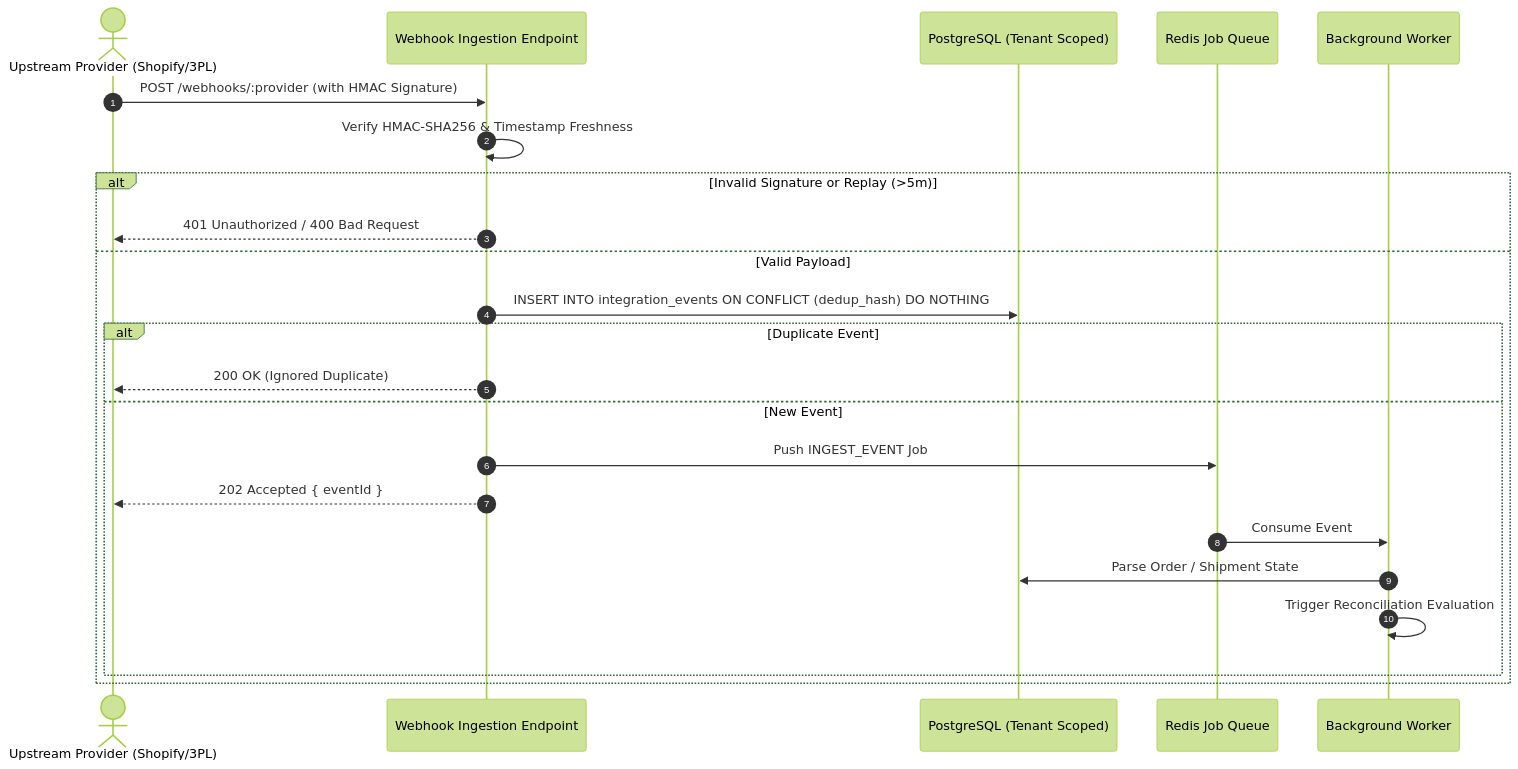
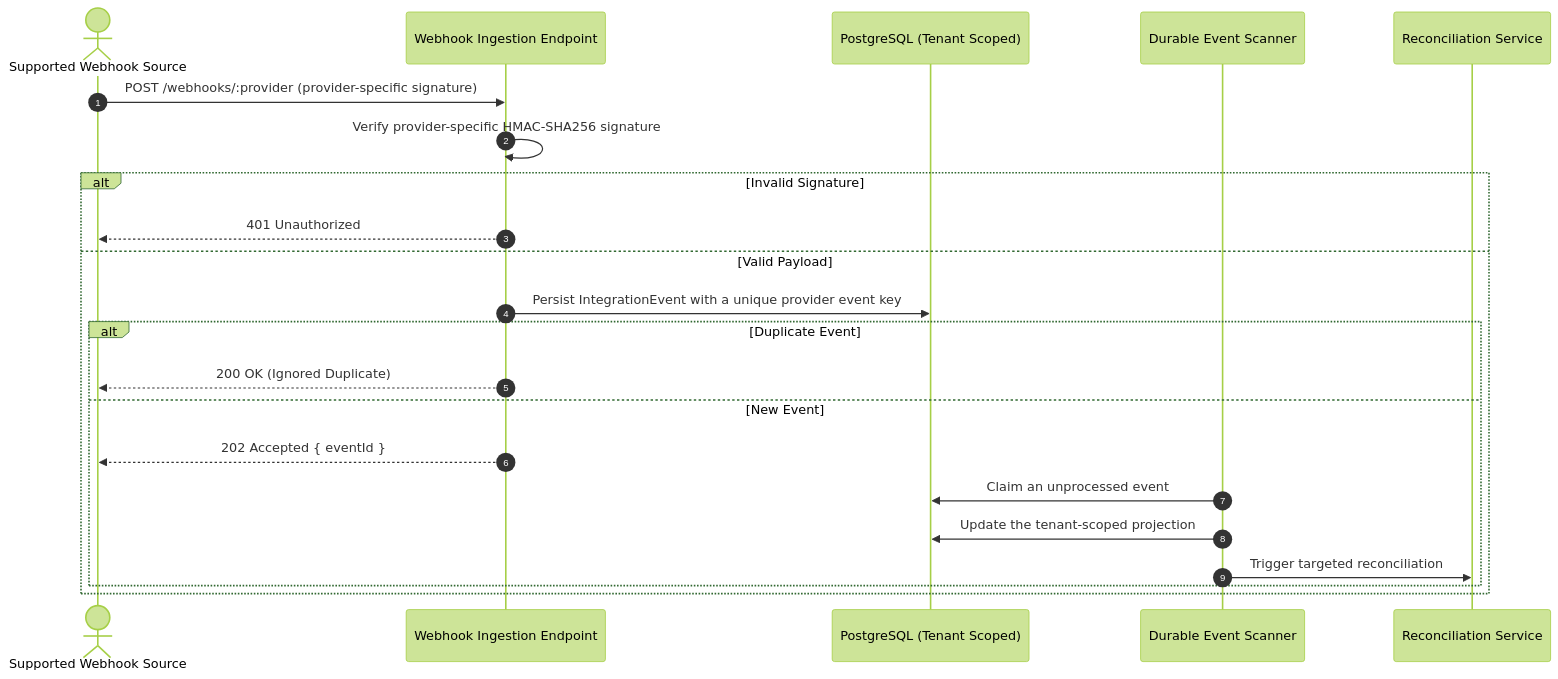
Before and after one commit to arsi505/Reloop: the third of 4 diagrams in README.md, drawn with Mermaid (forest theme). The commit also changed other lines of this file, not shown here.

````diff
--- a/README.md
+++ b/README.md
@@ -129,26 +127,25 @@
 ```mermaid
 sequenceDiagram
     autonumber
-    actor Provider as Upstream Provider (Shopify/3PL)
+    actor Provider as Supported Webhook Source
     participant Ingest as Webhook Ingestion Endpoint
     participant DB as PostgreSQL (Tenant Scoped)
-    participant Queue as Redis Job Queue
-    participant Worker as Background Worker
+    participant Scanner as Durable Event Scanner
+    participant Reconcile as Reconciliation Service
 
-    Provider->>Ingest: POST /webhooks/:provider (with HMAC Signature)
-    Ingest->>Ingest: Verify HMAC-SHA256 & Timestamp Freshness
-    alt Invalid Signature or Replay (>5m)
-        Ingest-->>Provider: 401 Unauthorized / 400 Bad Request
+    Provider->>Ingest: POST /webhooks/:provider (provider-specific signature)
+    Ingest->>Ingest: Verify provider-specific HMAC-SHA256 signature
+    alt Invalid Signature
+        Ingest-->>Provider: 401 Unauthorized
     else Valid Payload
-        Ingest->>DB: INSERT INTO integration_events ON CONFLICT (dedup_hash) DO NOTHING
+        Ingest->>DB: Persist IntegrationEvent with a unique provider event key
         alt Duplicate Event
             Ingest-->>Provider: 200 OK (Ignored Duplicate)
         else New Event
-            Ingest->>Queue: Push INGEST_EVENT Job
             Ingest-->>Provider: 202 Accepted { eventId }
-            Queue->>Worker: Consume Event
-            Worker->>DB: Parse Order / Shipment State
-            Worker->>Worker: Trigger Reconciliation Evaluation
+            Scanner->>DB: Claim an unprocessed event
+            Scanner->>DB: Update the tenant-scoped projection
+            Scanner->>Reconcile: Trigger targeted reconciliation
         end
     end
 ```
````
